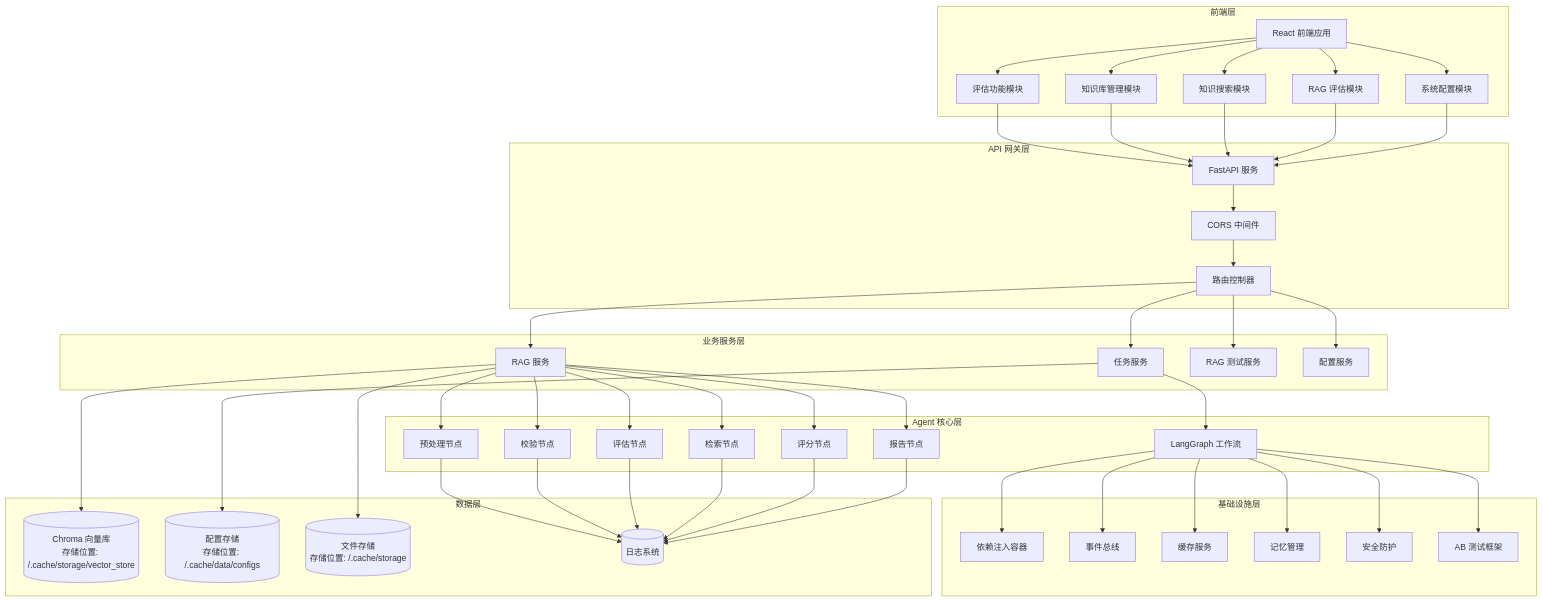
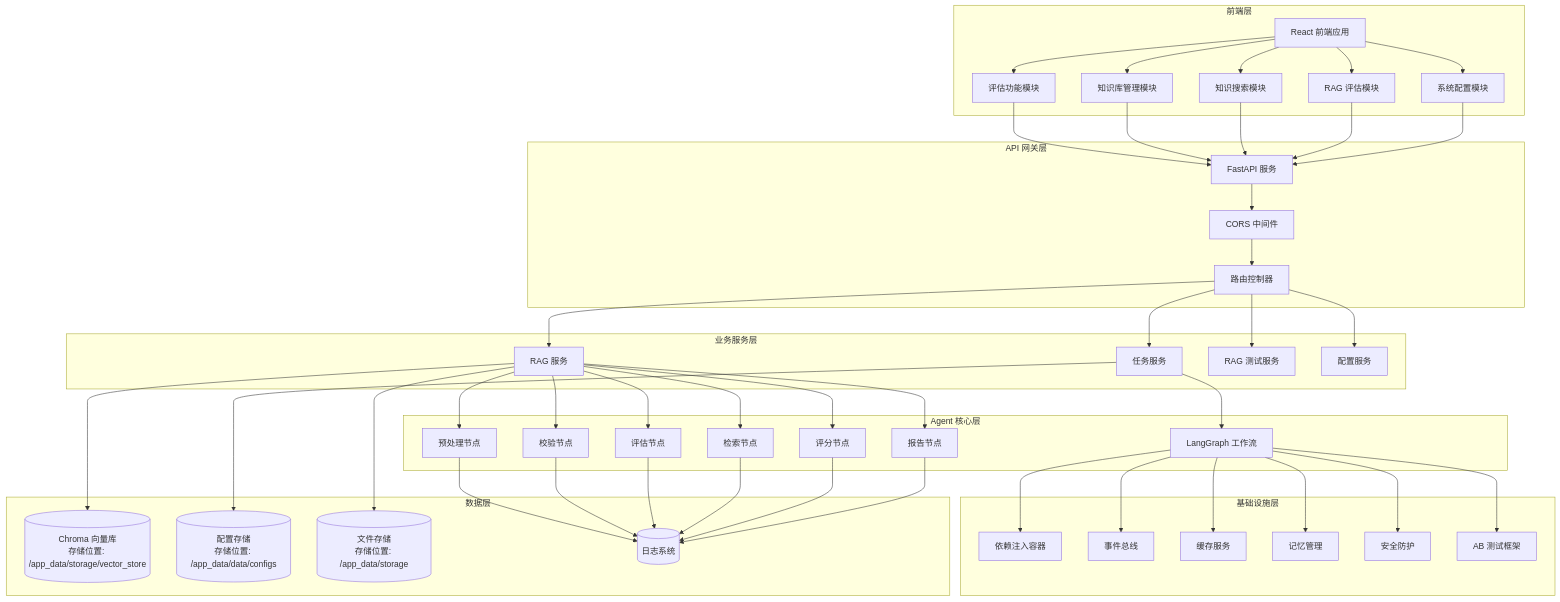
Before and after one commit to OWEN-DK/child-development-assessment-agent: the first of 3 diagrams in CLAUDE.md, drawn with Mermaid. The commit also changed 7 other files, not shown here.

First line of the commit message:
feat: 修复数据存储路径，将 .cache 改为 app_data 并添加磁盘缓存持久化

```diff
--- a/CLAUDE.md
+++ b/CLAUDE.md
@@ -87,9 +87,9 @@
     end
     
     subgraph 数据层
-        Chroma[(Chroma 向量库<br/>存储位置: /.cache/storage/vector_store)]
-        ConfigDB[(配置存储<br/>存储位置: /.cache/data/configs)]
-        Files[(文件存储<br/>存储位置: /.cache/storage)]
+        Chroma[(Chroma 向量库<br/>存储位置: /app_data/storage/vector_store)]
+        ConfigDB[(配置存储<br/>存储位置: /app_data/data/configs)]
+        Files[(文件存储<br/>存储位置: /app_data/storage)]
         Logs[(日志系统)]
     end
     
```
